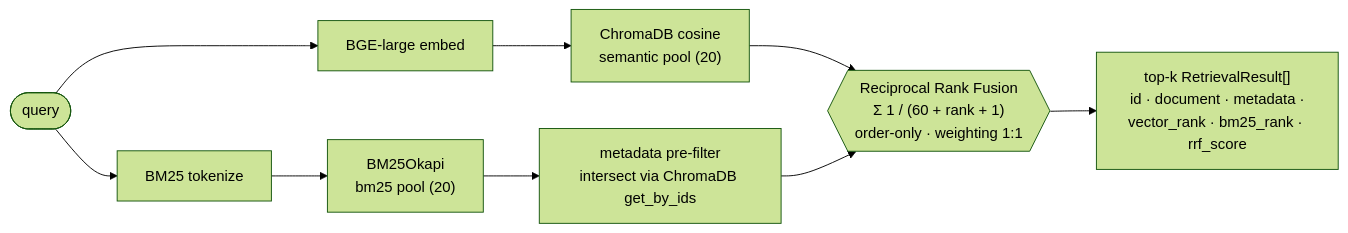
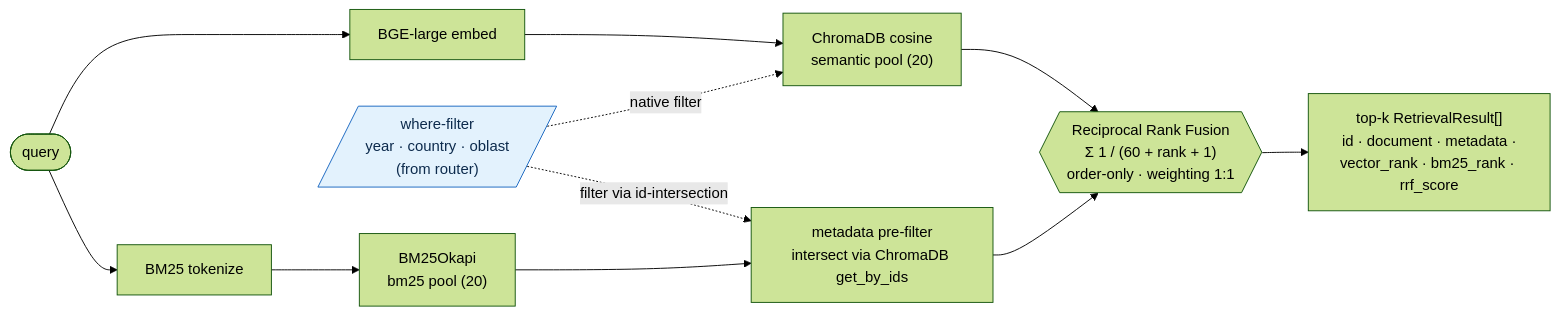
Before and after one commit to floew2/rag-ucdp: the second of 3 diagrams in README.md, drawn with Mermaid (forest theme). The commit also changed other lines of this file, not shown here.

First line of the commit message:
docs(readme): rework as repo front door with Mermaid architecture

````diff
--- a/README.md
+++ b/README.md
@@ -88,11 +85,17 @@
-```mermaid
+``` mermaid
 flowchart LR
     Q(["query"]) --> EMB["BGE-large embed"]
     Q --> TOKQ["BM25 tokenize"]
+    WHERE[/"where-filter<br/>year · country · oblast<br/>(from router)"/]
     EMB --> VEC["ChromaDB cosine<br/>semantic pool (20)"]
     TOKQ --> BM25["BM25Okapi<br/>bm25 pool (20)"]
+    WHERE -.->|native filter| VEC
+    WHERE -.->|filter via id-intersection| PF
     BM25 --> PF["metadata pre-filter<br/>intersect via ChromaDB get_by_ids"]
     VEC --> RRF{{"Reciprocal Rank Fusion<br/>Σ 1 / (60 + rank + 1)<br/>order-only · weighting 1:1"}}
     PF --> RRF
     RRF --> TOPK["top-k RetrievalResult[]<br/>id · document · metadata ·<br/>vector_rank · bm25_rank · rrf_score"]
+
+    classDef filt fill:#e3f2fd,stroke:#1565c0,color:#0d2b4d;
+    class WHERE filt;
 ```
````
